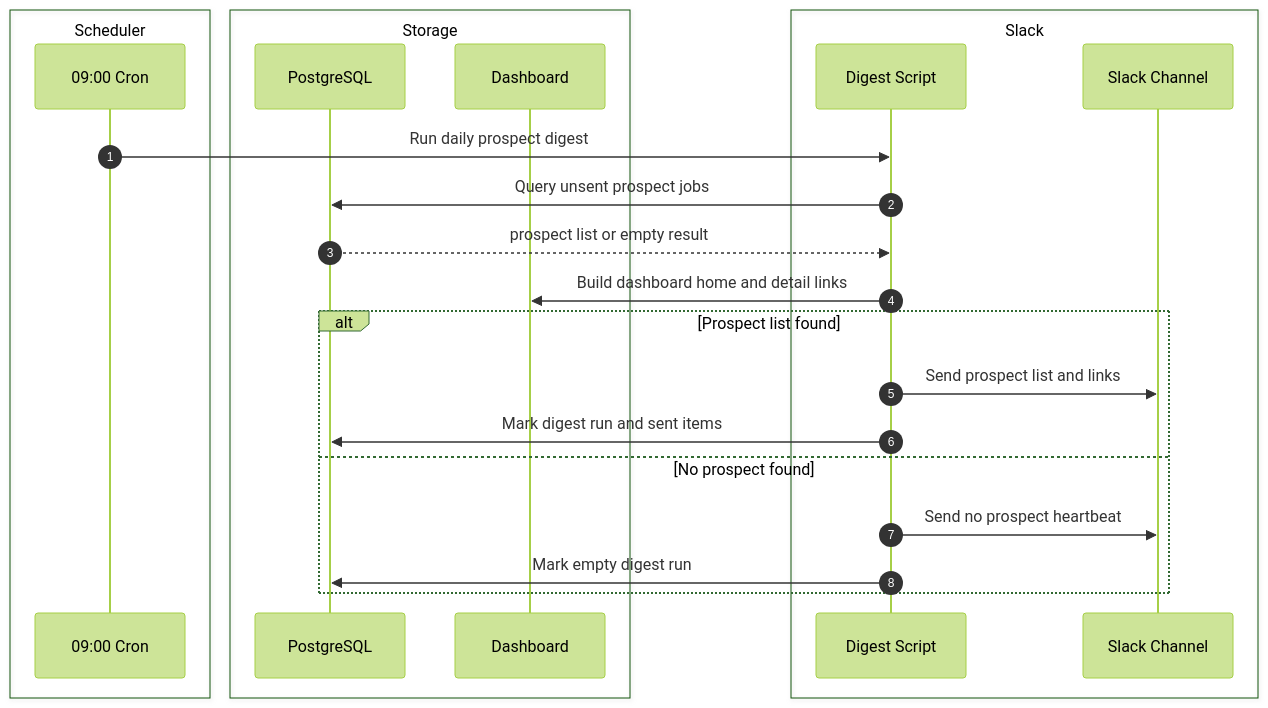
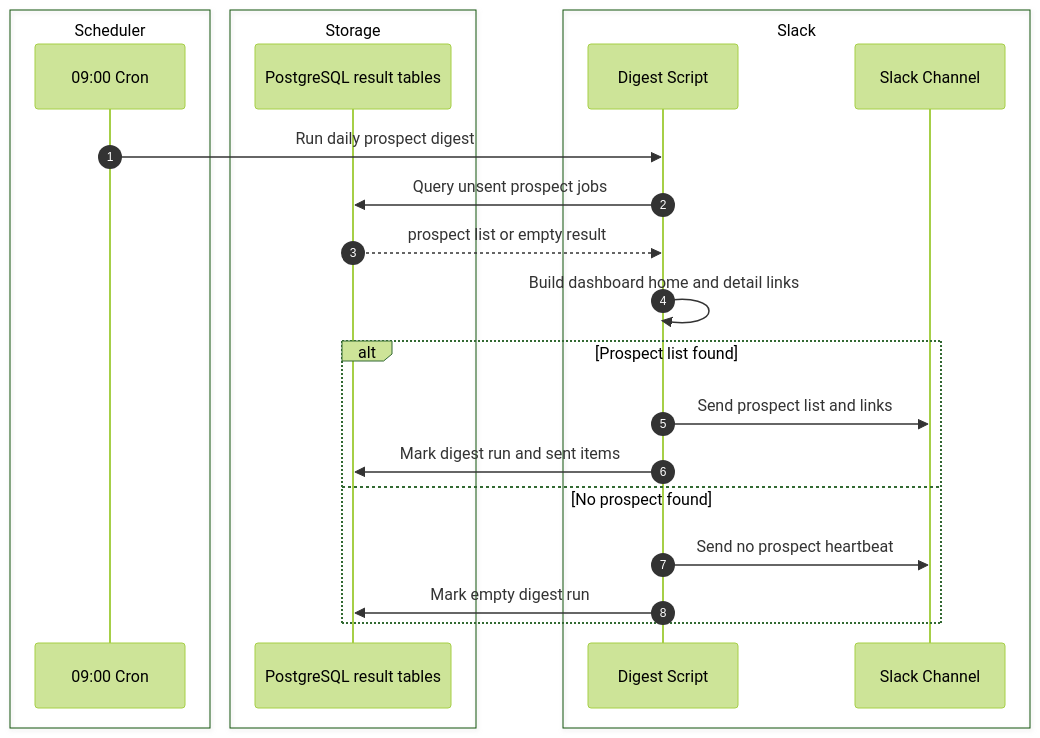
The eighth of 8 diagrams in docs/technical/FLOW_MAP.md (nunutech40/company-detector-bot), drawn with Mermaid (forest theme) before and after one commit. The commit also changed other lines of this file and 1 other file, not shown here.

Commit message:
fix webhook digest sequence arrows

````diff
--- a/docs/technical/FLOW_MAP.md
+++ b/docs/technical/FLOW_MAP.md
@@ -494,30 +494,29 @@
 ```mermaid
 sequenceDiagram
   autonumber
   box Scheduler
     participant Cron as 09:00 Cron
   end
 
   box Storage
-    participant DB as PostgreSQL
-    participant Dashboard as Dashboard
+    participant ResultDB as PostgreSQL result tables
   end
 
   box Slack
     participant Digest as Digest Script
     participant Channel as Slack Channel
   end
 
   Cron->>Digest: Run daily prospect digest
-  Digest->>DB: Query unsent prospect jobs
-  DB-->>Digest: prospect list or empty result
-  Digest->>Dashboard: Build dashboard home and detail links
+  Digest->>ResultDB: Query unsent prospect jobs
+  ResultDB-->>Digest: prospect list or empty result
+  Digest->>Digest: Build dashboard home and detail links
 
   alt Prospect list found
     Digest->>Channel: Send prospect list and links
-    Digest->>DB: Mark digest run and sent items
+    Digest->>ResultDB: Mark digest run and sent items
   else No prospect found
     Digest->>Channel: Send no prospect heartbeat
-    Digest->>DB: Mark empty digest run
+    Digest->>ResultDB: Mark empty digest run
   end
 ```
````
